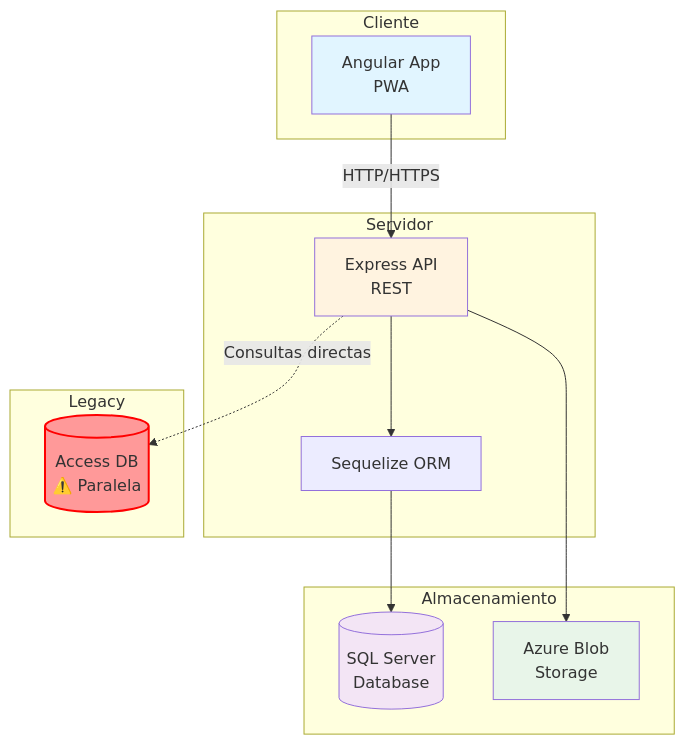
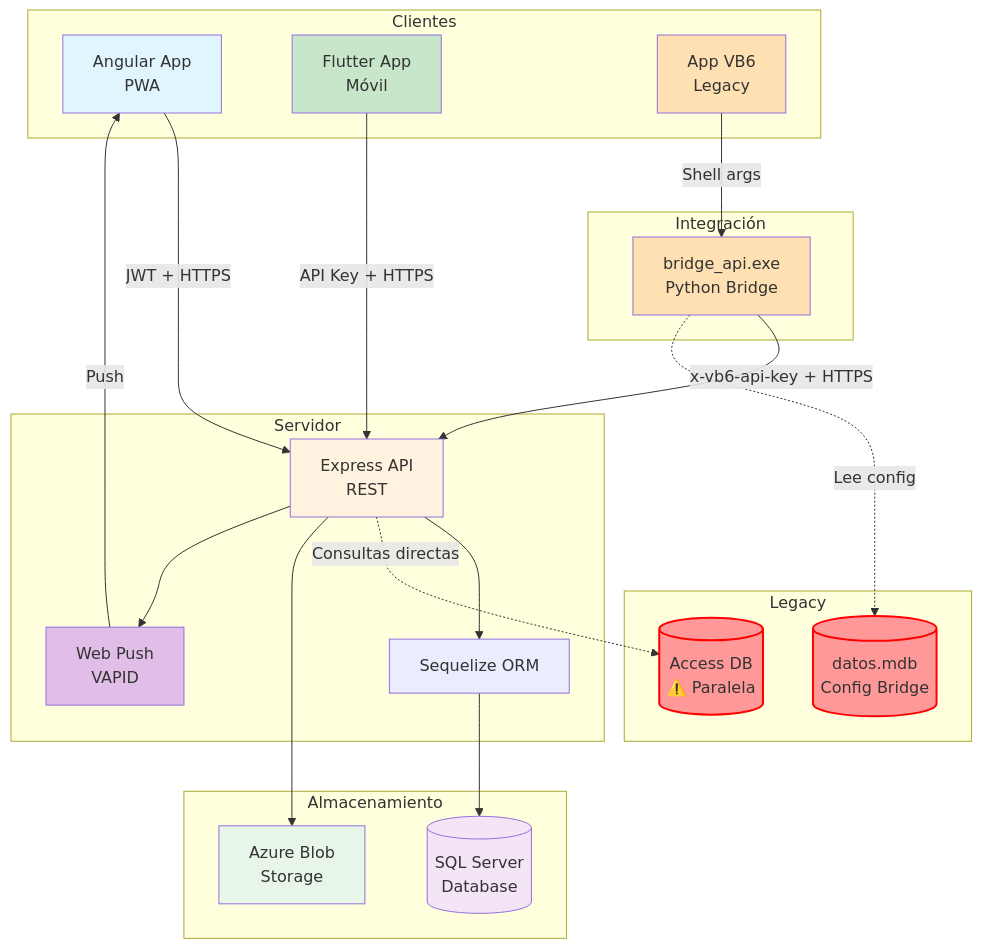
The first of 7 diagrams in docs/fichaje_app/arquitectura/overview.md (KongSoftwareSpain/projects-docs), drawn with Mermaid before and after one commit. The commit also changed other lines of this file and 3 other files, not shown here.

Commit message:
docs: Add initial Fichaje application documentation covering project introduction, architecture, and onboarding guide.

````diff
--- a/docs/fichaje_app/arquitectura/overview.md
+++ b/docs/fichaje_app/arquitectura/overview.md
@@ -7,32 +7,51 @@
 ```mermaid
 graph TB
-    subgraph "Cliente"
+    subgraph "Clientes"
         A[Angular App<br/>PWA]
+        FL[Flutter App<br/>Móvil]
+        VB[App VB6<br/>Legacy]
+    end
+
+    subgraph "Integración"
+        BR[bridge_api.exe<br/>Python Bridge]
     end
 
     subgraph "Servidor"
         B[Express API<br/>REST]
         C[Sequelize ORM]
+        WP[Web Push<br/>VAPID]
     end
 
     subgraph "Almacenamiento"
         D[(SQL Server<br/>Database)]
         E[Azure Blob<br/>Storage]
     end
 
     subgraph "Legacy"
         F[(Access DB<br/>⚠️ Paralela)]
+        MDB[(datos.mdb<br/>Config Bridge)]
     end
 
-    A -->|HTTP/HTTPS| B
+    A -->|JWT + HTTPS| B
+    FL -->|API Key + HTTPS| B
+    VB -->|Shell args| BR
+    BR -->|x-vb6-api-key + HTTPS| B
+    BR -.->|Lee config| MDB
     B --> C
     C --> D
     B -.->|Consultas directas| F
     B --> E
+    B --> WP
+    WP -->|Push| A
 
     style F fill:#ff9999,stroke:#ff0000,stroke-width:2px
+    style MDB fill:#ff9999,stroke:#ff0000,stroke-width:2px
     style A fill:#e1f5ff
+    style FL fill:#c8e6c9
+    style VB fill:#ffe0b2
+    style BR fill:#ffe0b2
     style B fill:#fff3e0
     style D fill:#f3e5f5
     style E fill:#e8f5e9
+    style WP fill:#e1bee7
 ```
````
